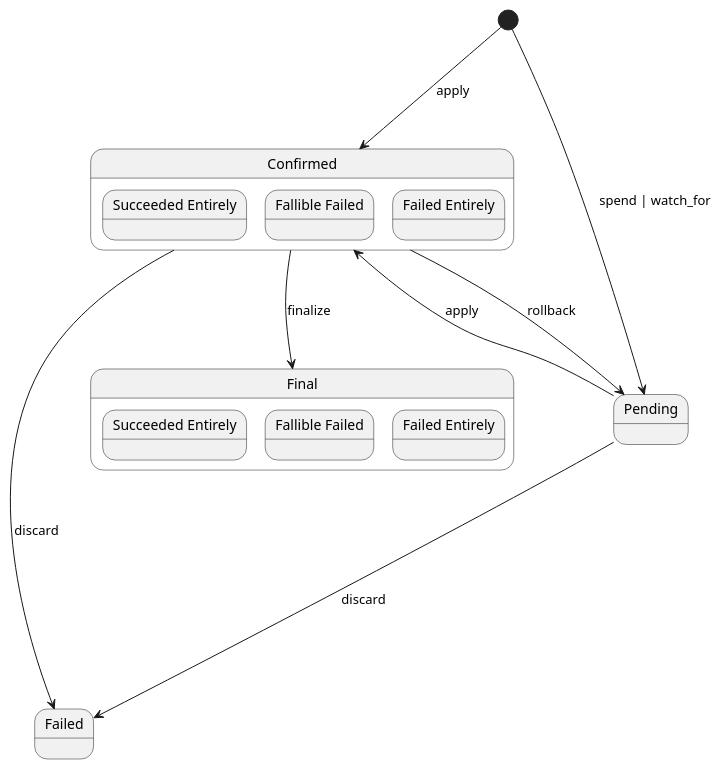
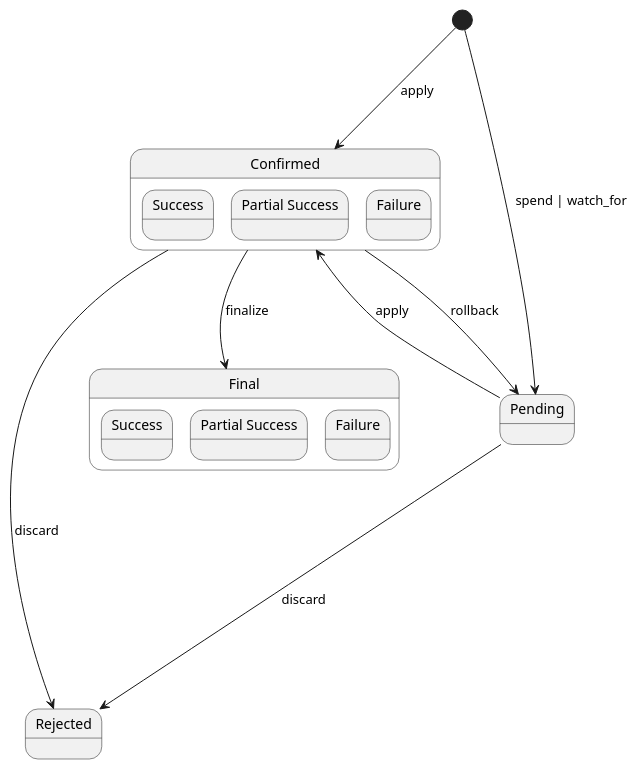
One commit to midnightntwrk/midnight-architecture changed the diagram in components/WalletEngine/tx-lifecycle.puml. Above: the diagram before and after it, drawn with PlantUML. The commit also changed 3 other files, not shown here.

Commit message:
Language updates, synchronize transaction statuses in spec and lifecycle diagram

```diff
--- a/components/WalletEngine/tx-lifecycle.puml
+++ b/components/WalletEngine/tx-lifecycle.puml
@@ -1,30 +1,30 @@
 @startuml
 
 'skinparam linetype polyline
 skinparam nodesep 100
 skinparam ranksep 100
 
 state confirmed as "Confirmed" {
-  state succeededEntirely as "Succeeded Entirely"
-  state failFallible as "Fallible Failed"
-  state failEntirely as "Failed Entirely"
+  state success as "Success"
+  state partialSuccess as "Partial Success"
+  state failure as "Failure"
 }
 state pending as "Pending"
 
 state final as "Final" {
-  state succeededEntirelyF as "Succeeded Entirely"
-  state failFallibleF as "Fallible Failed"
-  state failEntirelyF as "Failed Entirely"
+  state successF as "Success"
+  state partialSuccessF as "Partial Success"
+  state failureF as "Failure"
 }
 
-state failed as "Failed"
+state rejected as "Rejected"
 
 [*] --> pending : spend | watch_for
 [*] --> confirmed : apply
 pending --> confirmed : apply
 confirmed --> final : finalize
 confirmed --> pending : rollback
-pending ---> failed : discard
-confirmed --> failed : discard
+pending ---> rejected : discard
+confirmed --> rejected : discard
 
 @enduml
```
